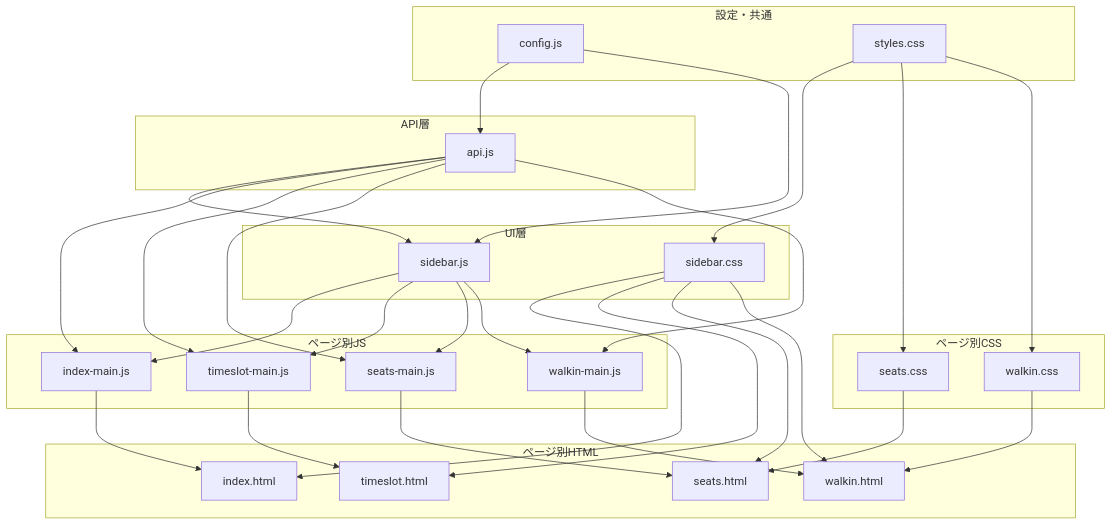
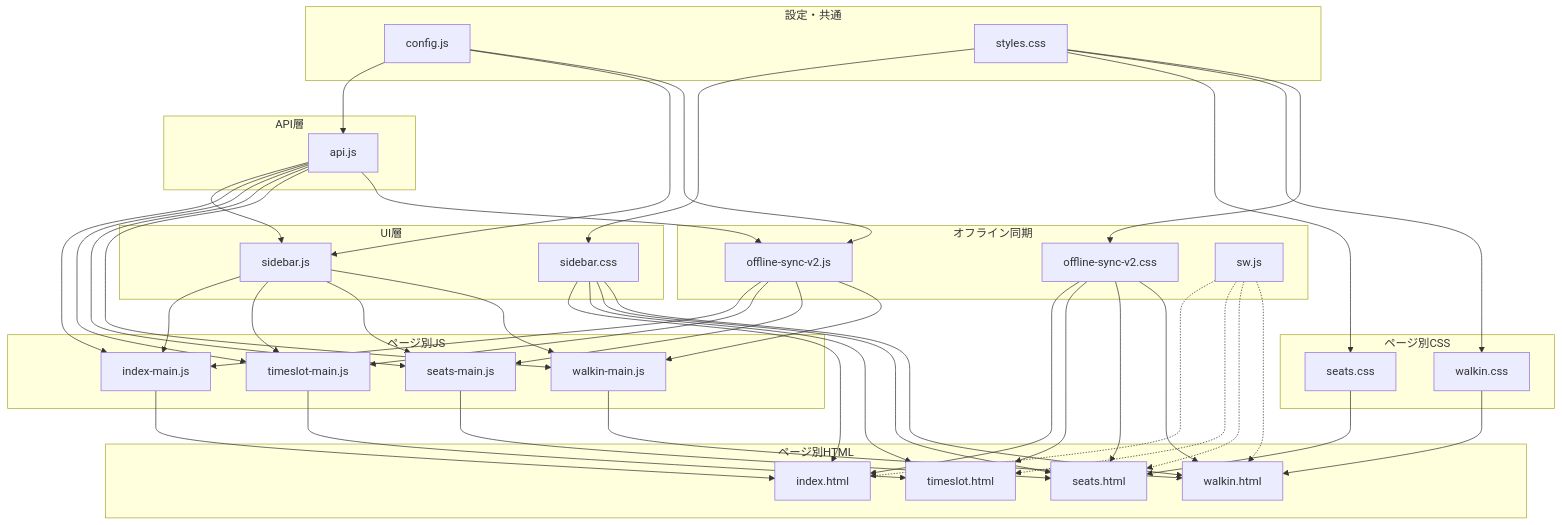
Before and after one commit to J105588/tickets-beta: the eighth of 11 diagrams in README.md, drawn with Mermaid. The commit also changed other lines of this file and 3 other files, not shown here.

````diff
--- a/README.md
+++ b/README.md
@@ -505,60 +665,81 @@
 ```mermaid
 graph TD
     subgraph "設定・共通"
         A[config.js]
         B[styles.css]
     end
     
     subgraph "API層"
         C[api.js]
+    end
+    
+    subgraph "オフライン同期"
+        O[offline-sync-v2.js]
+        P[offline-sync-v2.css]
+        Q[sw.js]
     end
     
     subgraph "UI層"
         D[sidebar.js]
         E[sidebar.css]
     end
     
     subgraph "ページ別JS"
         F[index-main.js]
         G[timeslot-main.js]
         H[seats-main.js]
         I[walkin-main.js]
     end
     
     subgraph "ページ別CSS"
         J[seats.css]
         K[walkin.css]
     end
     
     subgraph "ページ別HTML"
         L[index.html]
         M[timeslot.html]
         N[seats.html]
-        O[walkin.html]
+        R[walkin.html]
     end
     
     A --> C
     A --> D
+    A --> O
     C --> D
     C --> F
     C --> G
     C --> H
     C --> I
+    C --> O
     D --> F
     D --> G
     D --> H
     D --> I
+    O --> F
+    O --> G
+    O --> H
+    O --> I
     B --> E
     B --> J
     B --> K
+    B --> P
     E --> L
     E --> M
     E --> N
-    E --> O
+    E --> R
+    P --> L
+    P --> M
+    P --> N
+    P --> R
     F --> L
     G --> M
     H --> N
-    I --> O
+    I --> R
     J --> N
-    K --> O
+    K --> R
+    Q -.-> L
+    Q -.-> M
+    Q -.-> N
+    Q -.-> R
 ```
````
